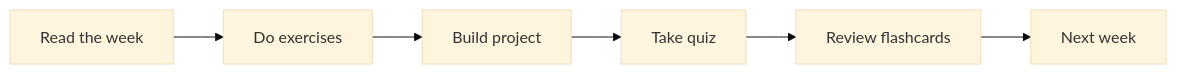
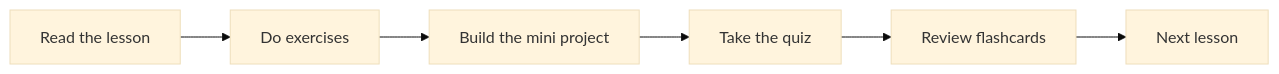
One commit to aadarshreddydepa/AI_Engineer_Handbook changed the second of 2 diagrams in docs/17-Cloud/README.md. Above: the diagram before and after it, drawn with Mermaid (base theme). The commit also changed other lines of this file and 41 other files, not shown here.

````diff
--- a/docs/17-Cloud/README.md
+++ b/docs/17-Cloud/README.md
@@ -37,8 +93,8 @@
 ```mermaid
 flowchart LR
-    R[Read the week] --> E[Do exercises]
-    E --> P[Build project]
-    P --> Q[Take quiz]
+    R[Read the lesson] --> E[Do exercises]
+    E --> P[Build the mini project]
+    P --> Q[Take the quiz]
     Q --> F[Review flashcards]
-    F --> N[Next week]
+    F --> N[Next lesson]
 ```
````
